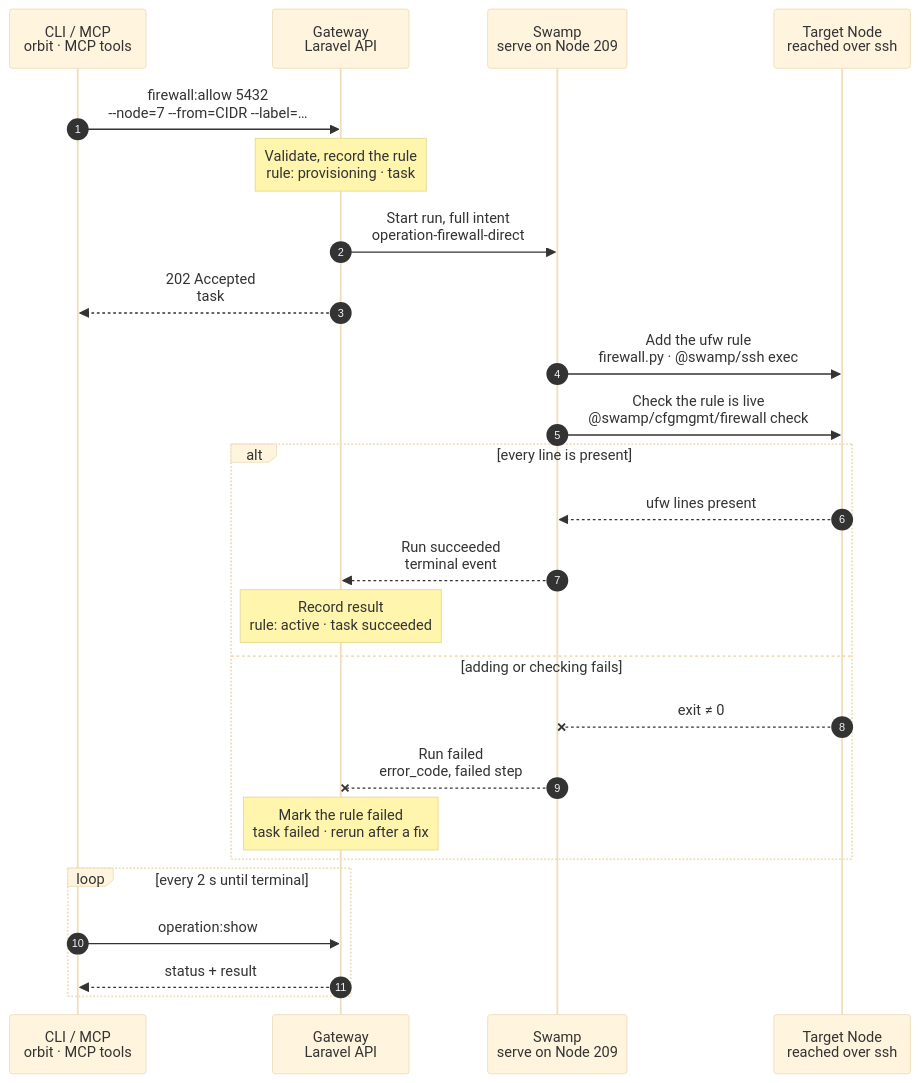
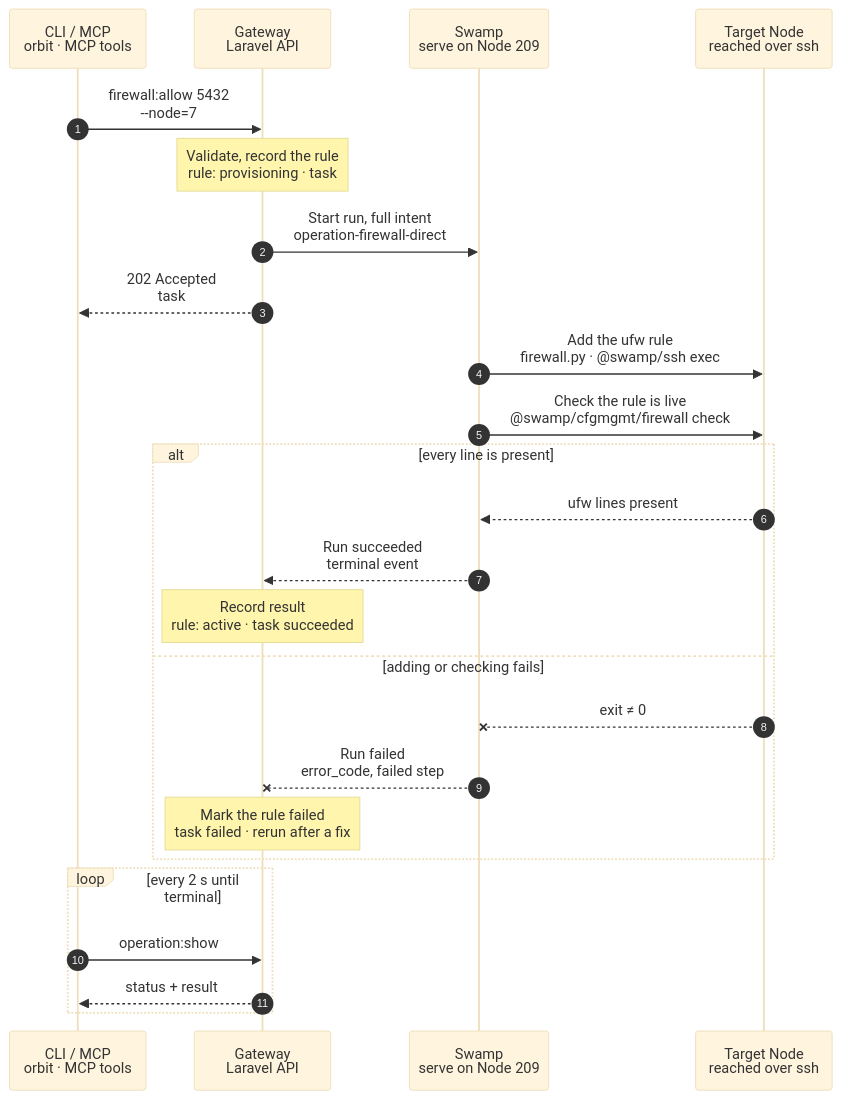
The diagram in docs/cli/firewall/allow.mmd (hardimpactdev/orbit), drawn with Mermaid (base theme) before and after one commit. The commit also changed 7 other files, not shown here.

Commit message:
docs(env,firewall,doctor,github): draw required parameters on the main path (flow rule 23)

```diff
--- a/docs/cli/firewall/allow.mmd
+++ b/docs/cli/firewall/allow.mmd
@@ -1,108 +1,108 @@
 sequenceDiagram
   %% Target design: ADR 0244 task, ADR 0241 allowlists, DECISIONS R1-R4 + 5 (process.stop shape, shared SSH identity).
   %% Tightened: flow-tighten 2026-11-02, rule 22 (firewall.py is the one named gap: cfgmgmt firewall has no insert position).
   %% status: reviewed
   %% command: firewall:allow
   %% kind: firewall.allow
   autonumber
   %% lane CLI icon=terminal pill=caller tone=gray
   %% lane GW icon=gateway pill=intent tone=blue
   %% lane SW icon=workflow pill=executes tone=green
   %% lane N icon=server pill=target tone=amber
   participant CLI as CLI / MCP<br/>orbit · MCP tools
   participant GW as Gateway<br/>Laravel API
   participant SW as Swamp<br/>serve on Node 209
   participant N as Target Node<br/>reached over ssh
-  CLI->>GW: firewall:allow 5432<br/>--node=7 --from=CIDR --label=…
+  CLI->>GW: firewall:allow 5432<br/>--node=7
   %%> Command:
-  %%> - `orbit firewall:allow 5432 --node=7 --from=10.6.0.0/24 --label="office postgres"`
+  %%> - `orbit firewall:allow 5432 --node=7`
   %%> - syntax: `<port> --node=ID [--from=SOURCE] [--protocol=tcp|udp] [--label=TEXT]`
   %%> Input:
   %%> - the port as the argument: a number such as `5432`, or a range such as `8000:8100`
   %%> - the Node, and optionally the source address and the protocol
   %%> - optionally a label or short description
   %%> Not accepted:
   %%> - service names such as `postgres` as the port
   %%> Who can call it:
   %%> - the `orbit` CLI and the MCP tool send the same request
   Note over GW: Validate, record the rule<br/>rule: provisioning · task #5130
   %%> Requirements:
   %%> - your Node has an access grant to Node 7
   %%> - Node 7 is an active Linux Node
   %%> - the port and source are valid
   %%> - Node 7 has no rule yet for the same port, protocol and source
   %%> - no opposite rule for the same port, protocol and source; an allow and a deny for exactly the same scope is refused (`firewall.rule_conflict`)
   %%> Allowed:
   %%> - overlapping rules with a different scope, for example deny `5432` from anywhere plus allow `5432` from one IP
   %%> - no other firewall change runs on Node 7; the Gateway holds one lock per Node
   %%> Result:
   %%> - the rule for port 5432 recorded with status provisioning
   %%> - task #5130 recorded with the full intent
   %%> - nothing has happened on the Node yet
   GW->>SW: Start run, full intent<br/>operation-firewall-direct
   %%> What it does:
   %%> - starts one Swamp run on serve (Node 209)
   %%> Inputs:
   %%> - the rule as exact ufw lines: port, protocol, source, direction
   %%> - Node 7's address and SSH host keys; the SSH identity comes from the `swamp` role
   GW-->>CLI: 202 Accepted<br/>task #5130
   %%> What you get:
   %%> - the task number, at once
   %%> Next:
   %%> - the CLI follows the task with `operation:show`
   SW->>N: Add the ufw rule<br/>firewall.py · @swamp/ssh exec
   %%> How:
   %%> - Swamp reaches Node 7 over SSH from 209
   %%> - `firewall.py` is sent as one `python3 -I -c` argument; nothing is copied to the Node
   %%> Why a script:
   %%> - the one named gap: `@swamp/cfgmgmt/firewall` cannot insert a rule at a position, and ufw stops at the first match
   %%> What it does:
   %%> - adds one ufw allow line per port and protocol, commented with its label
   %%> Order:
   %%> - narrower rules go above broader ones, allow or deny, so an exception such as one IP wins over a rule for anywhere
   %%> - ufw stops at the first match, so Orbit sets this order on every change
   %%> - all operator rules sit above Orbit's own broad rules, such as WireGuard peer trust, so a deny on a port also applies to WireGuard peers
   %%> - an existing identical line is left as it is
   %%> - reads ufw back after the insert and exits non-zero when the order is wrong
   SW->>N: Check the rule is live<br/>@swamp/cfgmgmt/firewall check
   %%> What it does:
   %%> - reads ufw back and checks every expected line is present
   %%> - the order (narrower above broader) is read back by `firewall.py` in the step before
   %%> Why:
   %%> - the rule only counts as active when ufw shows it
   alt every line is present
     N-->>SW: ufw lines present
     %%> Returns:
     %%> - the check passed for every line
     SW-->>GW: Run succeeded<br/>terminal event
     %%> How the Gateway learns it:
     %%> - its shared run reader sees the terminal event; Swamp never calls the Gateway
     Note over GW: Record result<br/>rule: active · task succeeded
     %%> Result:
     %%> - the rule for port 5432 becomes active
     %%> - task #5130 succeeds
   else adding or checking fails
     N--xSW: exit ≠ 0
     %%> When:
     %%> - ufw refuses the line, SSH fails, or a line is missing after the add
     SW--xGW: Run failed<br/>error_code, failed step
     %%> The Gateway reads:
     %%> - which step failed and its error code
     Note over GW: Mark the rule failed<br/>task failed · rerun after a fix
     %%> Result:
     %%> - the rule for port 5432 is marked failed, so you can see it
     %%> - task #5130 fails
     %%> On the Node:
     %%> - lines added before the failure stay; there is no rollback
     %%> - that is safe: the rule is marked failed, and a rerun skips lines that already exist
     %%> Retry:
     %%> - run the same command again after fixing the cause; it is a new task
   end
   loop every 2 s until terminal
     CLI->>GW: operation:show #5130
     %%> What it does:
     %%> - asks for the task's status every 2 seconds until it has ended
     GW-->>CLI: status + result
     %%> Returns:
     %%> - the current status, and the result once the task has ended
   end
```
